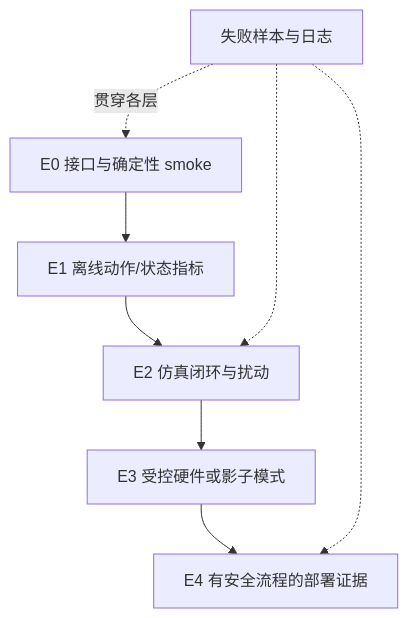
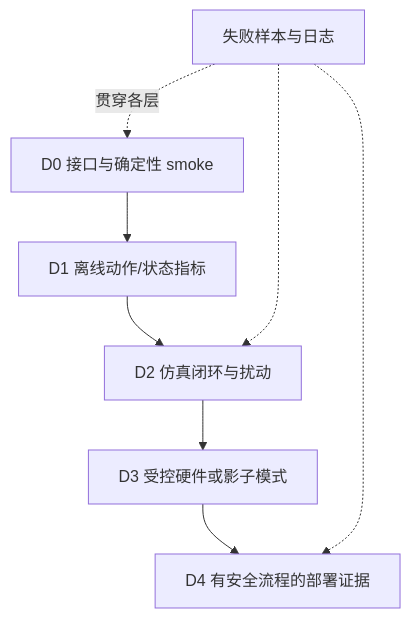
Before and after one commit to dollarser/world-models-and-embodied-ai-book: the diagram in docs/part-06-systems/ch20-embodied-evaluation.md, drawn with Mermaid. The commit also changed other lines of this file and 46 other files, not shown here.

````diff
--- a/docs/part-06-systems/ch20-embodied-evaluation.md
+++ b/docs/part-06-systems/ch20-embodied-evaluation.md
@@ -107,12 +113,12 @@
 ```mermaid
 flowchart TB
     accTitle: FIG-20-01 从单元检查到部署证据的阶梯
     accDescr: 证据从单元和接口检查逐层上升到开环数据、仿真闭环、硬件在环、影子模式和受控部署；高层证据不能删除低层失败样本。
-    E0[E0 接口与确定性 smoke] --> E1[E1 离线动作/状态指标]
-    E1 --> E2[E2 仿真闭环与扰动]
-    E2 --> E3[E3 受控硬件或影子模式]
-    E3 --> E4[E4 有安全流程的部署证据]
-    F[失败样本与日志] -.贯穿各层.-> E0
-    F -.-> E2
-    F -.-> E4
+    D0[D0 接口与确定性 smoke] --> D1[D1 离线动作/状态指标]
+    D1 --> D2[D2 仿真闭环与扰动]
+    D2 --> D3[D3 受控硬件或影子模式]
+    D3 --> D4[D4 有安全流程的部署证据]
+    F[失败样本与日志] -.贯穿各层.-> D0
+    F -.-> D2
+    F -.-> D4
 ```
````
